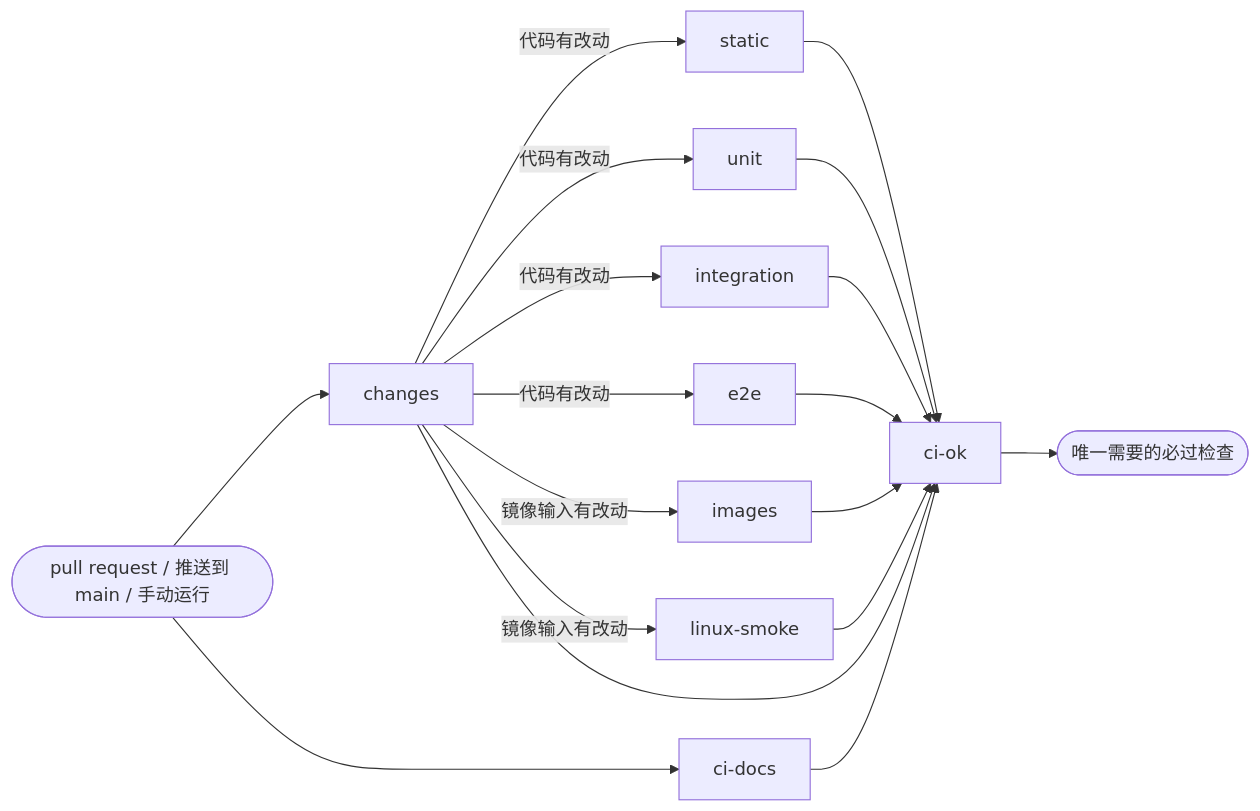
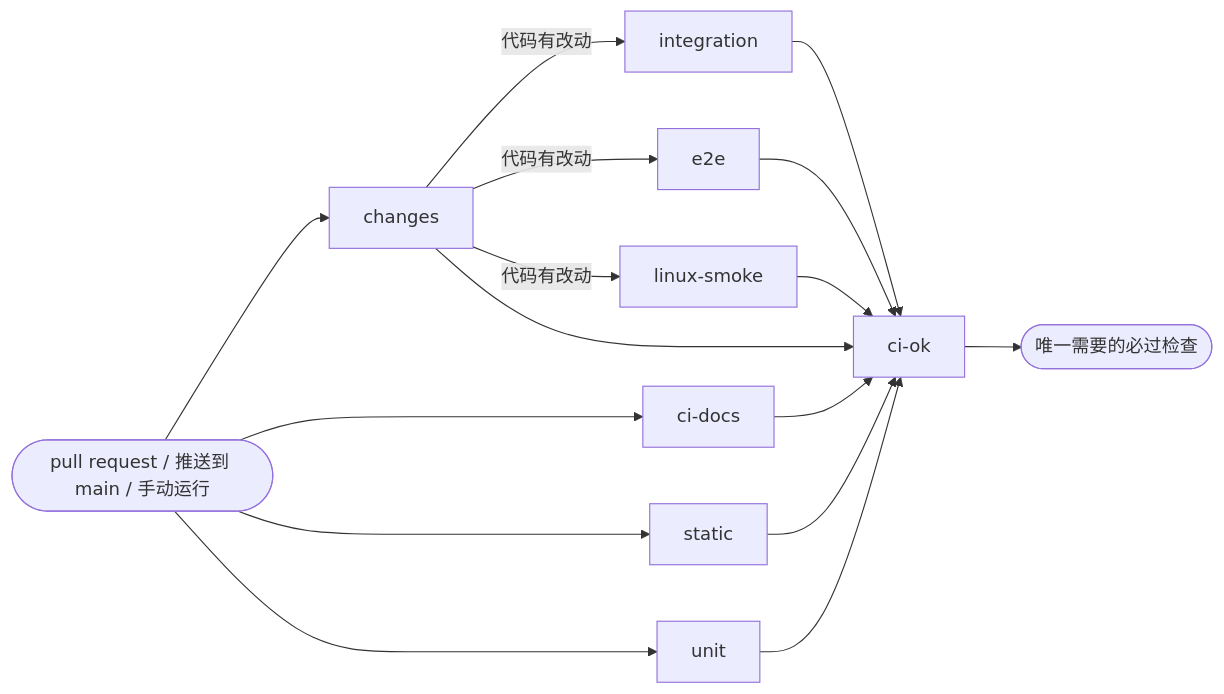
Before and after one commit to Joevonlong/job-radar: the diagram in docs/ci.zh.md, drawn with Mermaid. The commit also changed other lines of this file and 18 other files, not shown here.

````diff
--- a/docs/ci.zh.md
+++ b/docs/ci.zh.md
@@ -13,20 +13,18 @@
 ```mermaid
 flowchart LR
   PR([pull request / 推送到 main / 手动运行]) --> changes
   PR --> ci-docs
-  changes -- 代码有改动 --> static
-  changes -- 代码有改动 --> unit
+  PR --> static
+  PR --> unit
   changes -- 代码有改动 --> integration
   changes -- 代码有改动 --> e2e
-  changes -- 镜像输入有改动 --> images
-  changes -- 镜像输入有改动 --> linux-smoke
+  changes -- 代码有改动 --> linux-smoke
   changes --> ci-ok
   ci-docs --> ci-ok
   static --> ci-ok
   unit --> ci-ok
   integration --> ci-ok
   e2e --> ci-ok
-  images --> ci-ok
   linux-smoke --> ci-ok
   ci-ok --> merge([唯一需要的必过检查])
 ```
````
